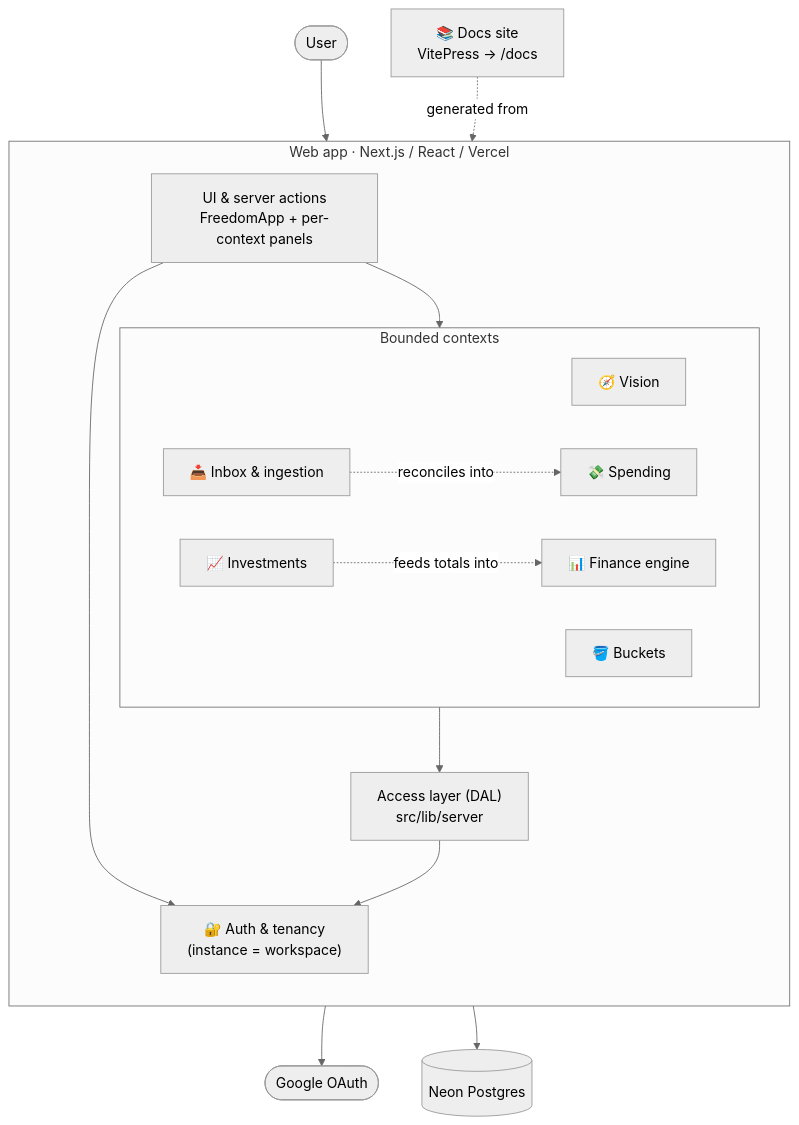
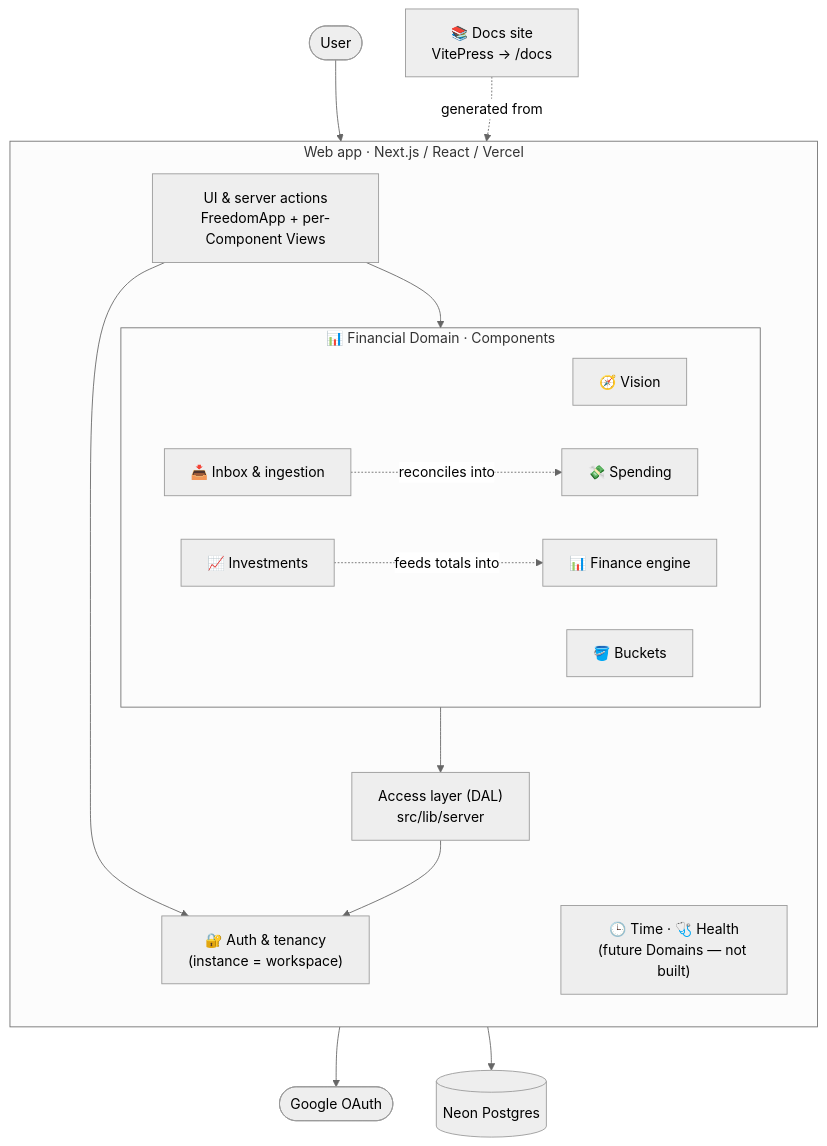
The diagram in docs/architecture/containers.md (hitley/freedom), drawn with Mermaid (neutral theme) before and after one commit. The commit also changed other lines of this file and 40 other files, not shown here.

First line of the commit message:
Align vocabulary to Domain → Component → Element taxonomy

````diff
--- a/docs/architecture/containers.md
+++ b/docs/architecture/containers.md
@@ -10,38 +15,40 @@
 ```mermaid
 flowchart TD
   user([User])
 
   subgraph web["Web app · Next.js / React / Vercel"]
     direction TB
-    ui["UI &amp; server actions<br/>FreedomApp + per-context panels"]
+    ui["UI &amp; server actions<br/>FreedomApp + per-Component Views"]
 
-    subgraph contexts["Bounded contexts"]
+    subgraph financial["📊 Financial Domain · Components"]
       direction LR
       vision["🧭 Vision"]
       finance["📊 Finance engine"]
       buckets["🪣 Buckets"]
       investments["📈 Investments"]
       spending["💸 Spending"]
       inbox["📥 Inbox &amp; ingestion"]
     end
+
+    timehealth["🕒 Time · 🩺 Health<br/>(future Domains — not built)"]
 
     auth["🔐 Auth &amp; tenancy<br/>(instance = workspace)"]
     dal["Access layer (DAL)<br/>src/lib/server"]
   end
 
   db[("Neon Postgres")]
   google([Google OAuth])
   docs["📚 Docs site<br/>VitePress → /docs"]
 
   user --> ui
-  ui --> contexts
-  contexts --> dal
+  ui --> financial
+  financial --> dal
   ui --> auth
   auth --> google
   dal --> auth
   dal --> db
   inbox -. "reconciles into" .-> spending
   investments -. "feeds totals into" .-> finance
 
-  docs -. "generated from" .-> contexts
+  docs -. "generated from" .-> financial
 ```
````
